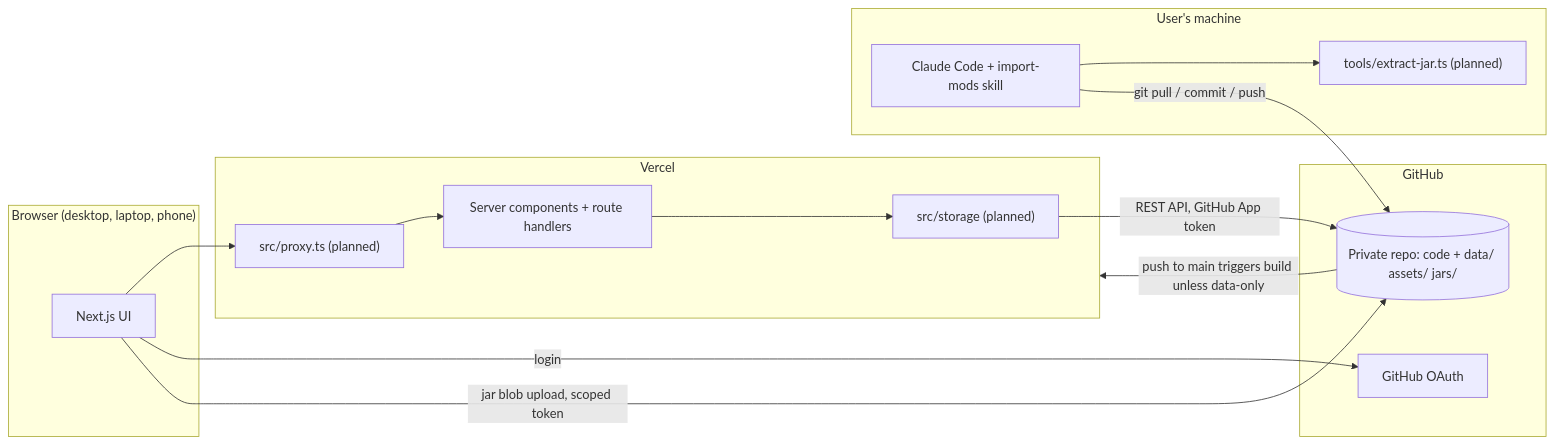
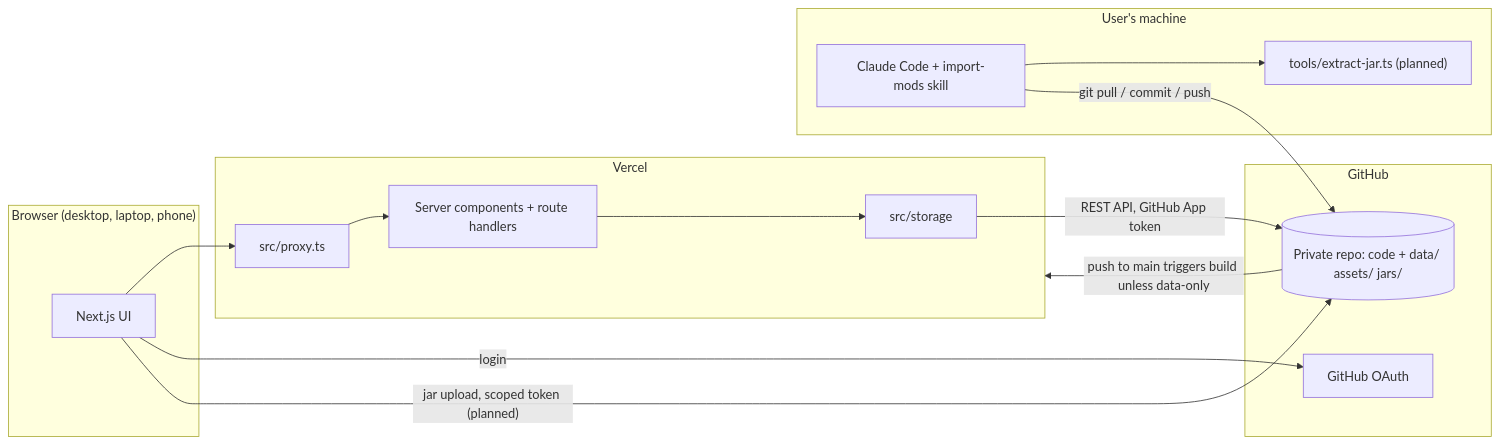
One commit to Jackson-Dataciders/Mineforge changed the first of 6 diagrams in docs/architecture.md. Above: the diagram before and after it, drawn with Mermaid. The commit also changed other lines of this file and 90 other files, not shown here.

````diff
--- a/docs/architecture.md
+++ b/docs/architecture.md
@@ -9,25 +12,25 @@
 ```mermaid
 flowchart LR
   subgraph Devices["Browser (desktop, laptop, phone)"]
     UI[Next.js UI]
   end
   subgraph Vercel
-    Proxy["src/proxy.ts (planned)"]
+    Proxy["src/proxy.ts"]
     RSC[Server components + route handlers]
-    Storage["src/storage (planned)"]
+    Storage["src/storage"]
   end
   subgraph GitHub
     OAuth[GitHub OAuth]
     Repo[("Private repo: code + data/ assets/ jars/")]
   end
   subgraph Local["User's machine"]
     CC[Claude Code + import-mods skill]
     Tool["tools/extract-jar.ts (planned)"]
   end
   UI --> Proxy --> RSC --> Storage -->|REST API, GitHub App token| Repo
   UI -->|login| OAuth
-  UI -->|jar blob upload, scoped token| Repo
+  UI -->|"jar upload, scoped token (planned)"| Repo
   CC --> Tool
   CC -->|git pull / commit / push| Repo
   Repo -->|push to main triggers build unless data-only| Vercel
 ```
````
